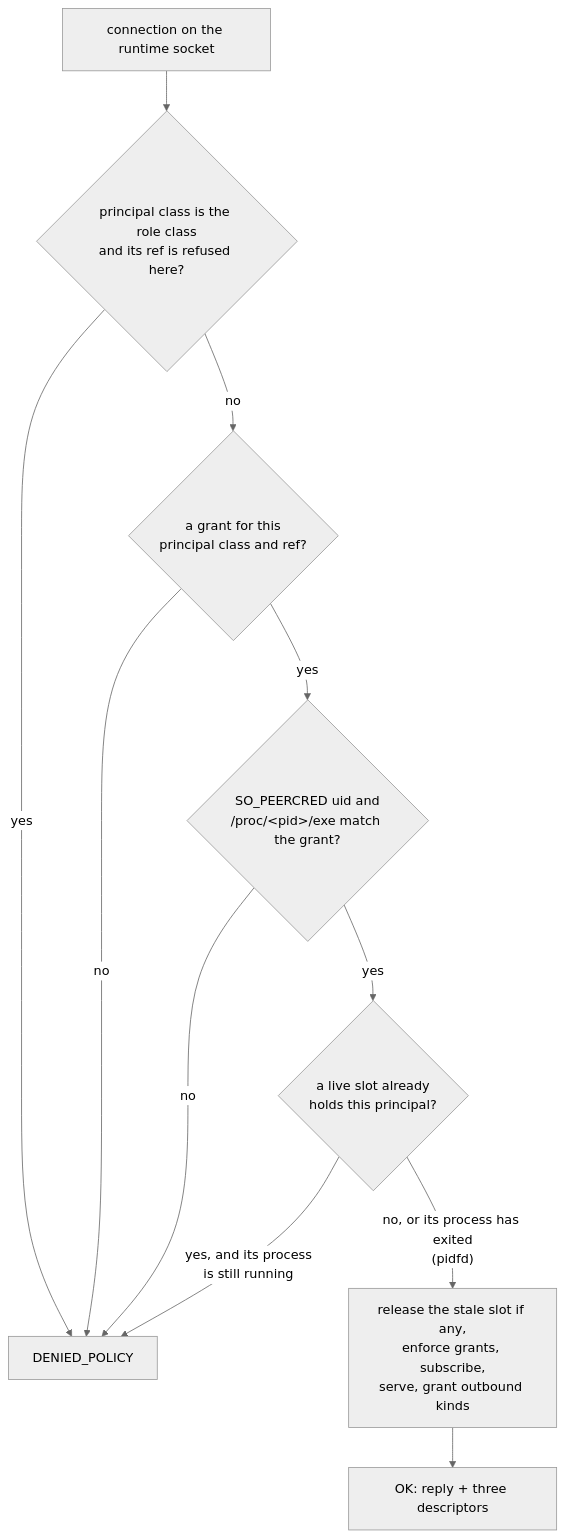
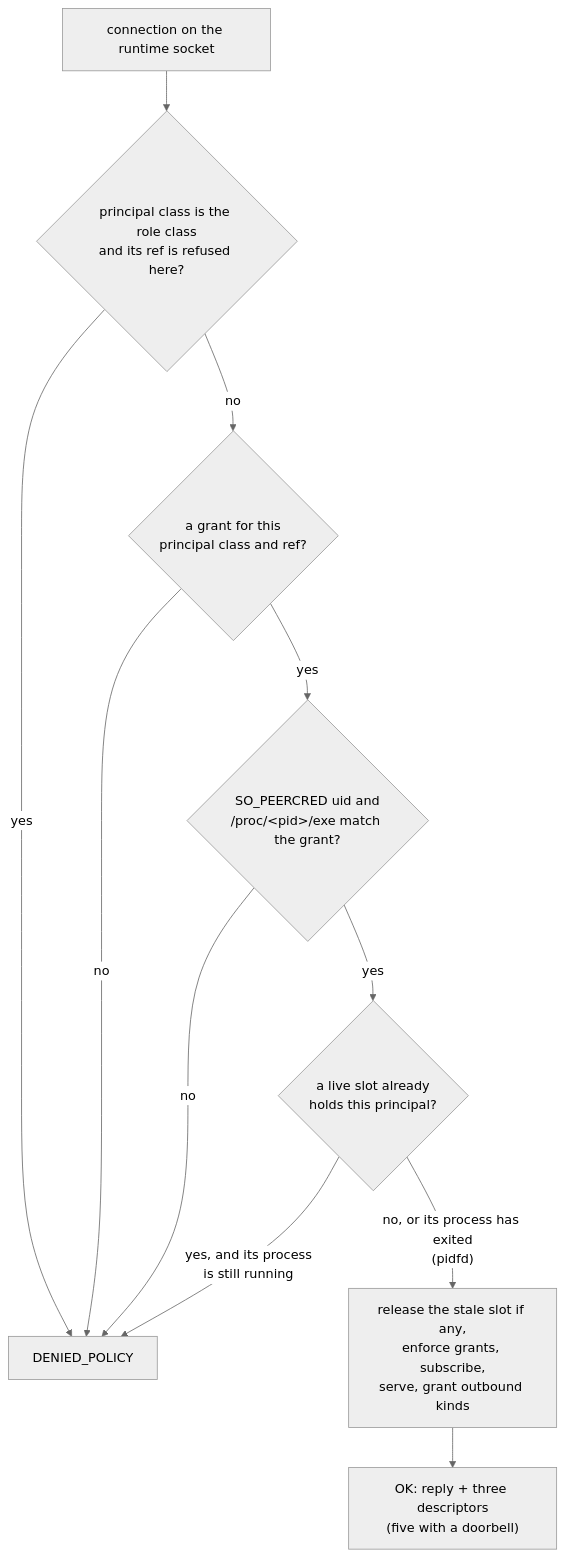
One commit to RakuenSoftware/ouroboros-ring changed the second of 2 diagrams in docs/attach-and-admission.md. Above: the diagram before and after it, drawn with Mermaid (neutral theme). The commit also changed other lines of this file and 7 other files, not shown here.

````diff
--- a/docs/attach-and-admission.md
+++ b/docs/attach-and-admission.md
@@ -86,13 +92,13 @@
 ```mermaid
 flowchart TB
     conn["connection on the runtime socket"] --> role{"principal class is the role class<br/>and its ref is refused here?"}
     role -- yes --> deny["DENIED_POLICY"]
     role -- no --> grant{"a grant for this<br/>principal class and ref?"}
     grant -- no --> deny
     grant -- yes --> peer{"SO_PEERCRED uid and<br/>/proc/&lt;pid&gt;/exe match the grant?"}
     peer -- no --> deny
     peer -- yes --> dup{"a live slot already<br/>holds this principal?"}
     dup -- "yes, and its process<br/>is still running" --> deny
     dup -- "no, or its process has exited<br/>(pidfd)" --> bind["release the stale slot if any,<br/>enforce grants, subscribe,<br/>serve, grant outbound kinds"]
-    bind --> ok["OK: reply + three descriptors"]
+    bind --> ok["OK: reply + three descriptors<br/>(five with a doorbell)"]
 ```
````
